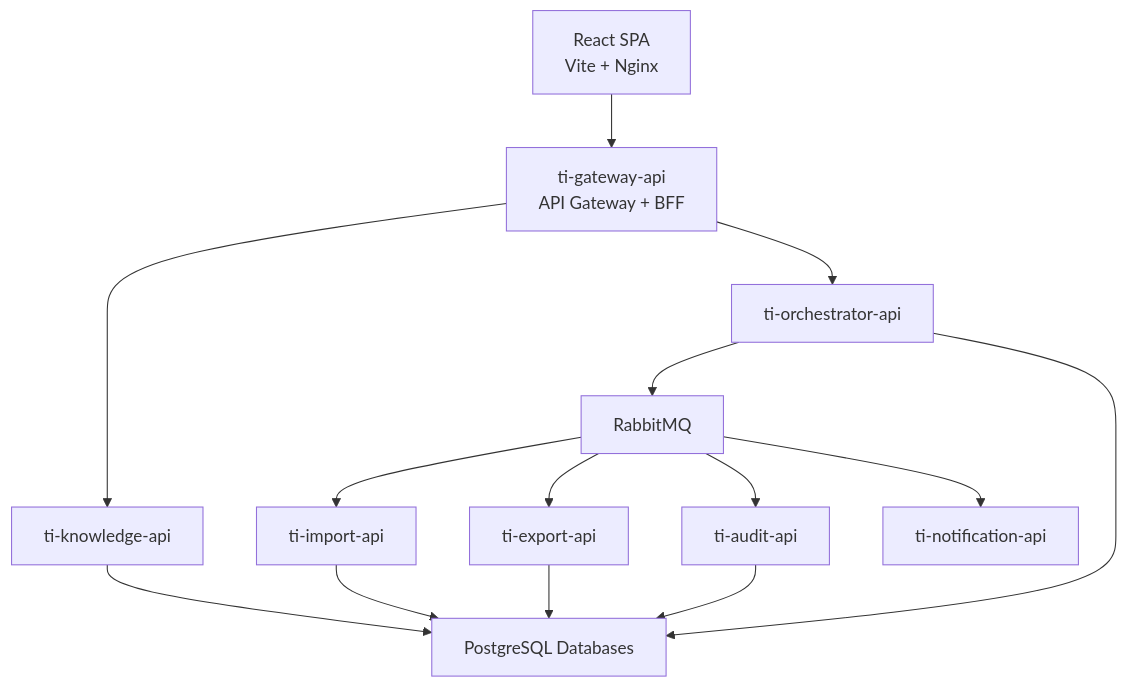
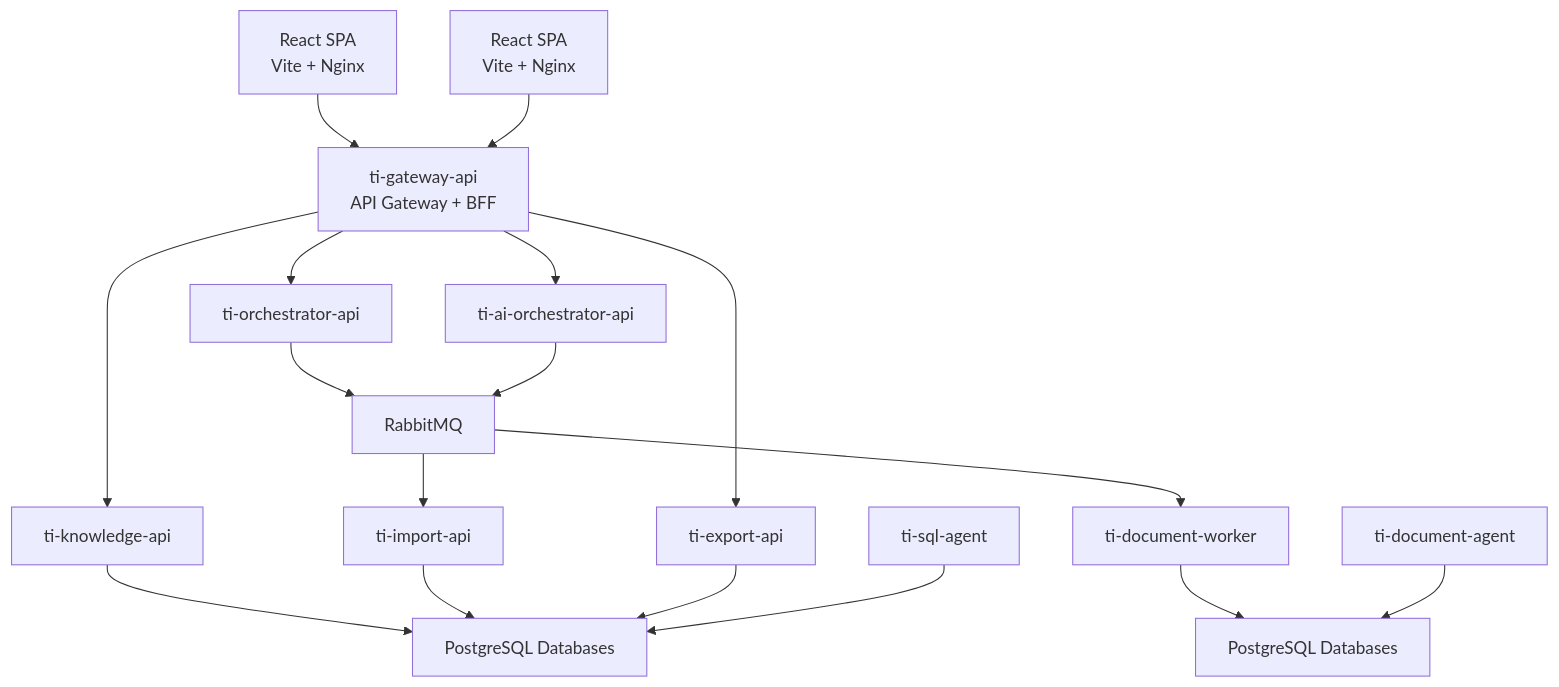
The first of 2 diagrams in README.md (MarinaPimenova/ti-gateway-api), drawn with Mermaid before and after one commit. The commit also changed other lines of this file and 30 other files, not shown here.

`````diff
--- a/README.md
+++ b/README.md
@@ -51,41 +51,53 @@
 ```mermaid
 flowchart TD
 
     UI["React SPA<br/>Vite + Nginx"]
 
+    AI_Chatbot_UI["React SPA<br/>Vite + Nginx"]
+    
     Gateway["ti-gateway-api<br/>API Gateway + BFF"]
 
     Knowledge["ti-knowledge-api"]
 
+    Export["ti-export-api"]
+    
     Orchestrator["ti-orchestrator-api"]
 
     Import["ti-import-api"]
 
-    Export["ti-export-api"]
+    AI_Orchestrator["ti-ai-orchestrator-api"]
 
-    Audit["ti-audit-api"]
+    Document_Worker["ti-document-worker"]
 
-    Notification["ti-notification-api"]
+    Document_Agent["ti-document-agent"]
 
+    SQL_Agent["ti-sql-agent"]  
+    
     Rabbit["RabbitMQ"]
 
-    DB["PostgreSQL Databases"]
+    Knowledge_DB["PostgreSQL Databases"]
 
+    Document_DB["PostgreSQL Databases"]
+    
     UI --> Gateway
-
+    AI_Chatbot_UI --> Gateway
+    
     Gateway --> Knowledge
+    Gateway --> Export
     Gateway --> Orchestrator
+    Gateway --> AI_Orchestrator
 
     Orchestrator --> Rabbit
+    AI_Orchestrator --> Rabbit
 
     Rabbit --> Import
-    Rabbit --> Export
-    Rabbit --> Audit
-    Rabbit --> Notification
+    Rabbit --> Document_Worker
 
-    Knowledge --> DB
-    Import --> DB
-    Export --> DB
-    Orchestrator --> DB
-    Audit --> DB
+    Knowledge --> Knowledge_DB
+    Import --> Knowledge_DB
+    Export --> Knowledge_DB
+
+    Document_Worker --> Document_DB
+    Document_Agent --> Document_DB
+    SQL_Agent --> Knowledge_DB
 ````
`````
